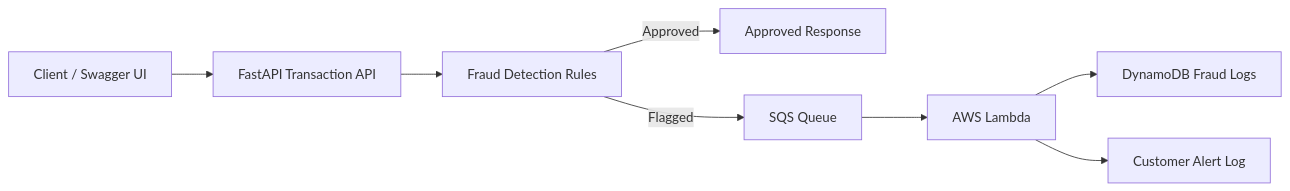
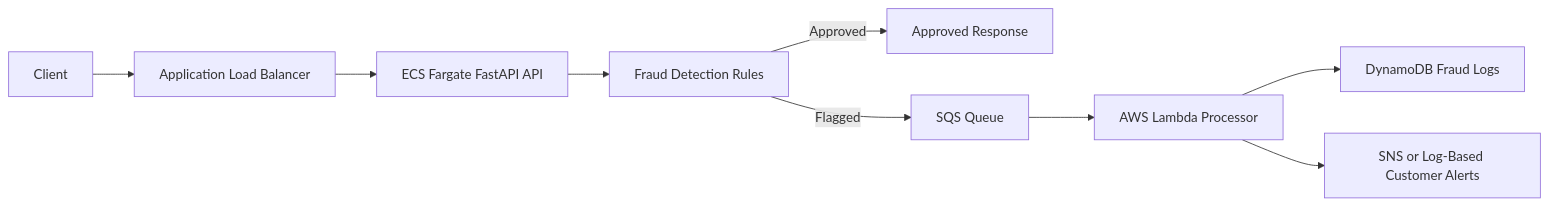
The diagram in README.md (ayogenthiran/banking-fraud-alert-system), drawn with Mermaid before and after one commit. The commit also changed other lines of this file, not shown here.

Commit message:
Update README with AWS deployment instructions

````diff
--- a/README.md
+++ b/README.md
@@ -28,10 +24,11 @@
 ```mermaid
 flowchart LR
-    A[Client / Swagger UI] --> B[FastAPI Transaction API]
-    B --> C[Fraud Detection Rules]
-    C -->|Approved| D[Approved Response]
-    C -->|Flagged| E[SQS Queue]
-    E --> F[AWS Lambda]
-    F --> G[DynamoDB Fraud Logs]
-    F --> H[Customer Alert Log]
+    Client[Client] --> ALB[Application Load Balancer]
+    ALB --> ECS[ECS Fargate FastAPI API]
+    ECS --> Rules[Fraud Detection Rules]
+    Rules -->|Approved| Response[Approved Response]
+    Rules -->|Flagged| SQS[SQS Queue]
+    SQS --> Lambda[AWS Lambda Processor]
+    Lambda --> DynamoDB[DynamoDB Fraud Logs]
+    Lambda --> Alerts[SNS or Log-Based Customer Alerts]
 ```
````
